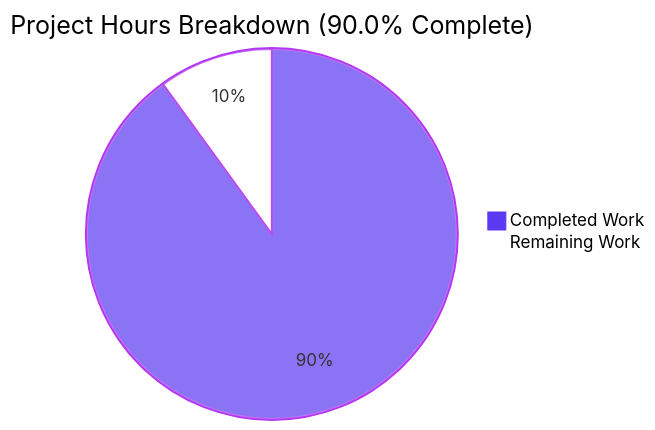
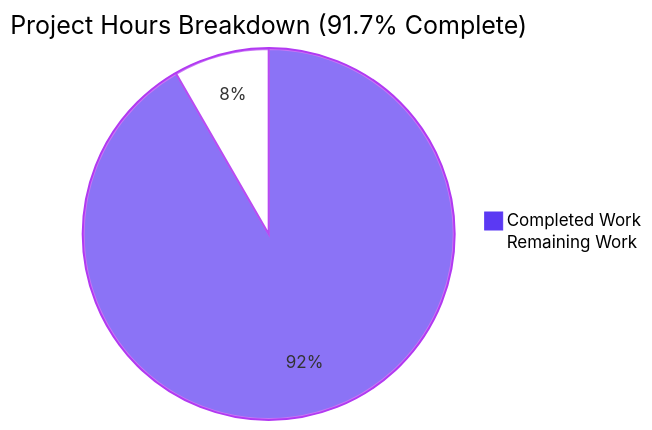
One commit to blitzy-build-in-public/17th-oct-project1-1c41818f changed the first of 2 diagrams in blitzy/documentation/Project Guide - 2601e7b0-672c-47e5-8431-7c838e65e3f9.md. Above: the diagram before and after it, drawn with Mermaid. The commit also changed other lines of this file, not shown here.

Commit message:
Adding Blitzy Project Guide: Project Status and Human Tasks Remaining

````diff
--- a/blitzy/documentation/Project Guide - 2601e7b0-672c-47e5-8431-7c838e65e3f9.md
+++ b/blitzy/documentation/Project Guide - 2601e7b0-672c-47e5-8431-7c838e65e3f9.md
@@ -15,6 +13,6 @@
 ```mermaid
 %%{init: {"themeVariables": {"pie1": "#5B39F3", "pie2": "#FFFFFF", "pieStrokeColor": "#B23AF2", "pieOuterStrokeColor": "#B23AF2"}}}%%
-pie title Project Hours Breakdown (90.0% Complete)
-    "Completed Work" : 18
+pie title Project Hours Breakdown (91.7% Complete)
+    "Completed Work" : 22
     "Remaining Work" : 2
 ```
````
